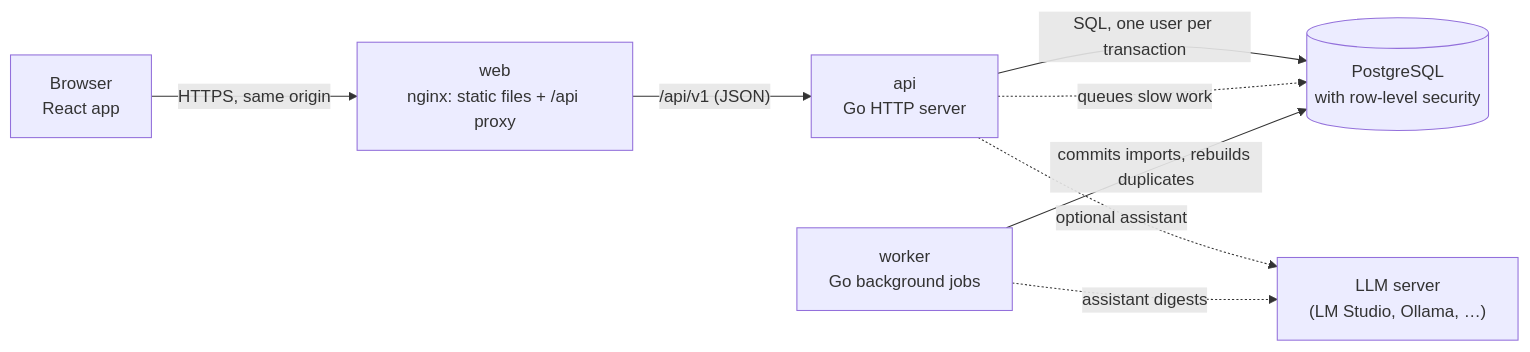
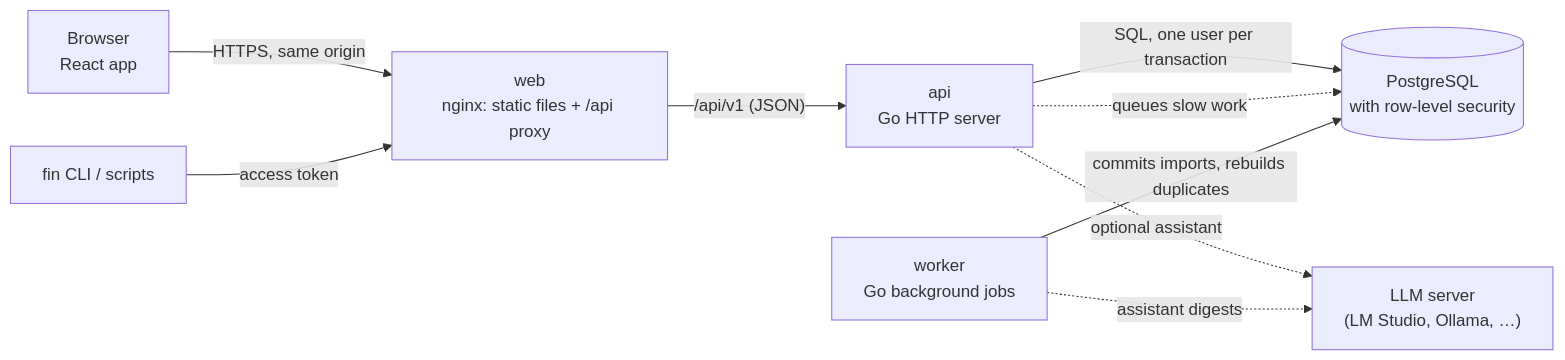
The diagram in README.md (x2db736ac85h/Finuance), drawn with Mermaid before and after one commit. The commit also changed other lines of this file and 2 other files, not shown here.

Commit message:
docs: README, ARCHITECTURE and the docs index for Phases 19 and 20 [skip ci]

````diff
--- a/README.md
+++ b/README.md
@@ -102,10 +103,11 @@
 ```mermaid
 flowchart LR
     browser["Browser<br/>React app"] -->|"HTTPS, same origin"| web["web<br/>nginx: static files + /api proxy"]
     web -->|"/api/v1 (JSON)"| api["api<br/>Go HTTP server"]
     api -->|"SQL, one user per transaction"| db[("PostgreSQL<br/>with row-level security")]
     api -.->|"queues slow work"| db
     worker["worker<br/>Go background jobs"] -->|"commits imports, rebuilds duplicates"| db
     api -.->|"optional assistant"| llm["LLM server<br/>(LM Studio, Ollama, …)"]
     worker -.->|"assistant digests"| llm
+    cli["fin CLI / scripts"] -->|"access token"| web
 ```
````
